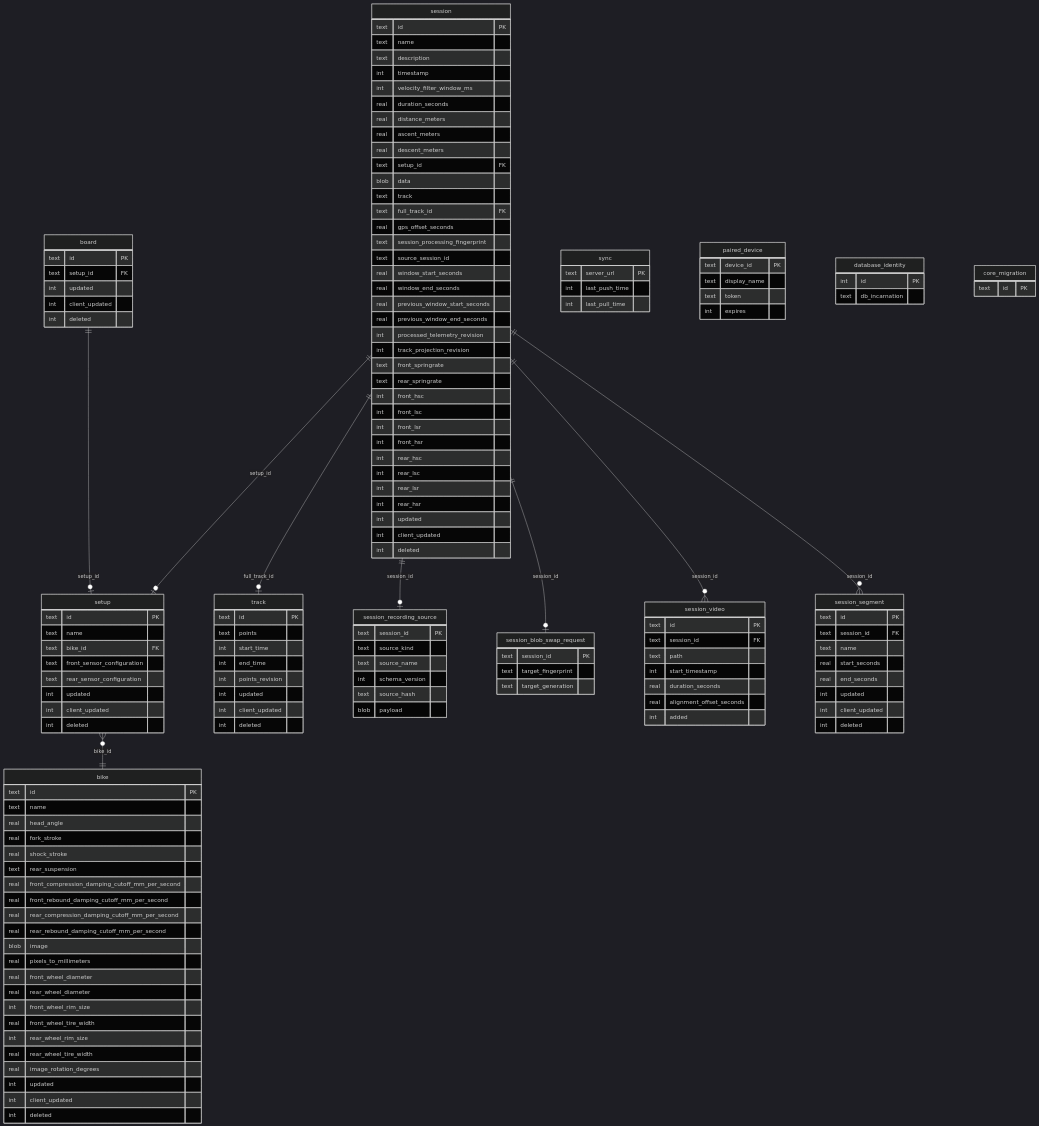
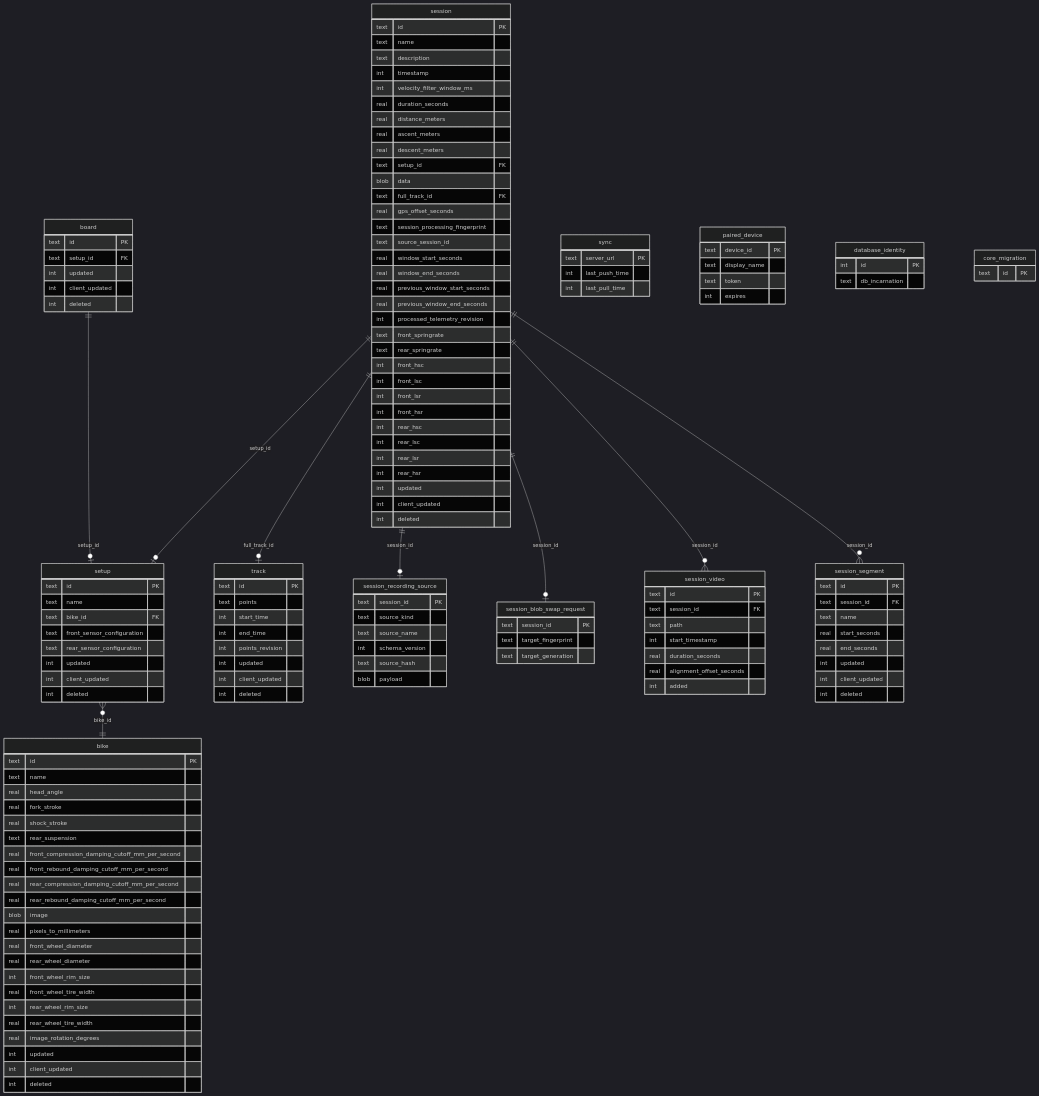
One commit to MoridinBG/Sufni.app changed the diagram in docs/architecture/persistence.md. Above: the diagram before and after it, drawn with Mermaid (dark theme). The commit also changed other lines of this file and 35 other files, not shown here.

```diff
--- a/docs/architecture/persistence.md
+++ b/docs/architecture/persistence.md
@@ -27,7 +27,6 @@
         real descent_meters
         text setup_id FK
         blob data
-        text track
         text full_track_id FK
         real gps_offset_seconds
         text session_processing_fingerprint
@@ -37,7 +36,6 @@
         real previous_window_start_seconds
         real previous_window_end_seconds
         int processed_telemetry_revision
-        int track_projection_revision
         text front_springrate
         text rear_springrate
         int front_hsc
```
